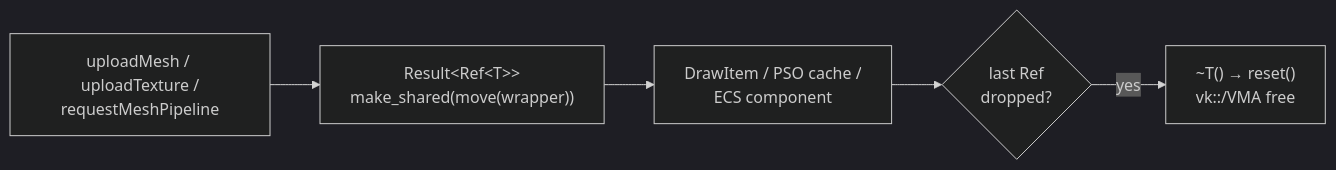
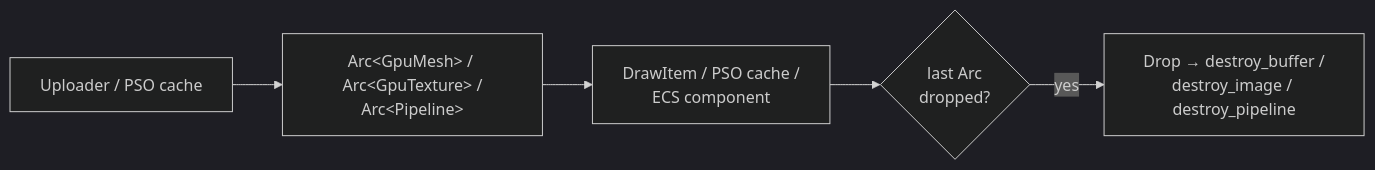
One commit to saffronjam/saffron-anima changed the diagram in docs/content/explanations/vulkan-foundation/meta-layer-resources.md. Above: the diagram before and after it, drawn with Mermaid (dark theme). The commit also changed other lines of this file and 7 other files, not shown here.

````diff
--- a/docs/content/explanations/vulkan-foundation/meta-layer-resources.md
+++ b/docs/content/explanations/vulkan-foundation/meta-layer-resources.md
@@ -49,7 +61,7 @@
 ```mermaid
 flowchart LR
-    A[uploadMesh / uploadTexture /<br/>requestMeshPipeline] --> B["Result&lt;Ref&lt;T&gt;&gt;<br/>make_shared(move(wrapper))"]
+    A[Uploader / PSO cache] --> B["Arc&lt;GpuMesh&gt; / Arc&lt;GpuTexture&gt; /<br/>Arc&lt;Pipeline&gt;"]
     B --> C[DrawItem / PSO cache /<br/>ECS component]
-    C --> D{last Ref<br/>dropped?}
-    D -- yes --> E["~T() → reset()<br/>vk::/VMA free"]
+    C --> D{last Arc<br/>dropped?}
+    D -- yes --> E["Drop → destroy_buffer /<br/>destroy_image / destroy_pipeline"]
 ```
````
